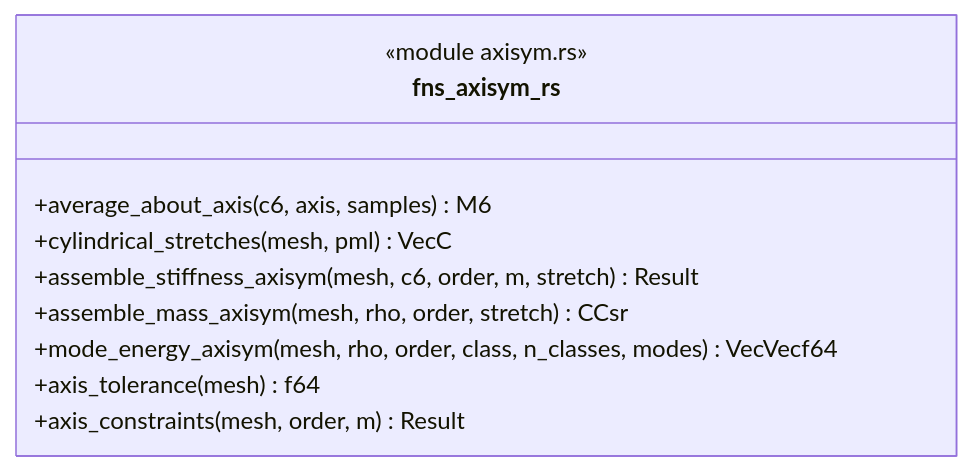
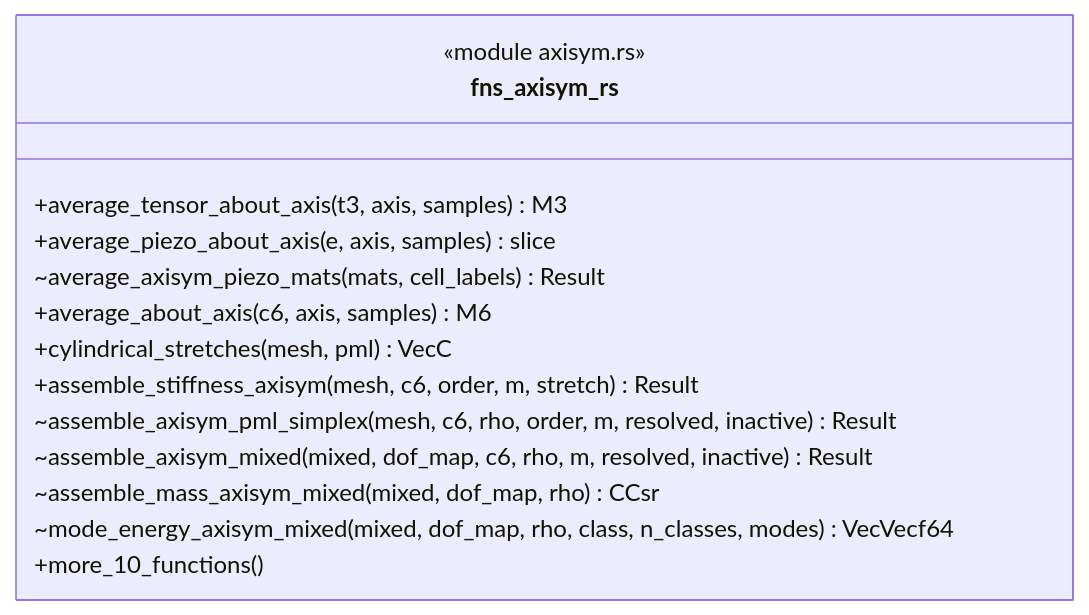
The diagram in docs/architecture/c4/4-code/sms/axisym.md (p-j-r/nyx), drawn with Mermaid before and after one commit. The commit also changed other lines of this file and 110 other files, not shown here.

````diff
--- a/docs/architecture/c4/4-code/sms/axisym.md
+++ b/docs/architecture/c4/4-code/sms/axisym.md
@@ -33,13 +36,17 @@
 ```mermaid
 classDiagram
   class fns_axisym_rs {
       <<module axisym.rs>>
+      +average_tensor_about_axis(t3, axis, samples) M3
+      +average_piezo_about_axis(e, axis, samples) slice
+      ~average_axisym_piezo_mats(mats, cell_labels) Result
       +average_about_axis(c6, axis, samples) M6
       +cylindrical_stretches(mesh, pml) VecC
       +assemble_stiffness_axisym(mesh, c6, order, m, stretch) Result
-      +assemble_mass_axisym(mesh, rho, order, stretch) CCsr
-      +mode_energy_axisym(mesh, rho, order, class, n_classes, modes) VecVecf64
-      +axis_tolerance(mesh) f64
-      +axis_constraints(mesh, order, m) Result
+      ~assemble_axisym_pml_simplex(mesh, c6, rho, order, m, resolved, inactive) Result
+      ~assemble_axisym_mixed(mixed, dof_map, c6, rho, m, resolved, inactive) Result
+      ~assemble_mass_axisym_mixed(mixed, dof_map, rho) CCsr
+      ~mode_energy_axisym_mixed(mixed, dof_map, rho, class, n_classes, modes) VecVecf64
+      +more_10_functions()
   }
 ```
````
